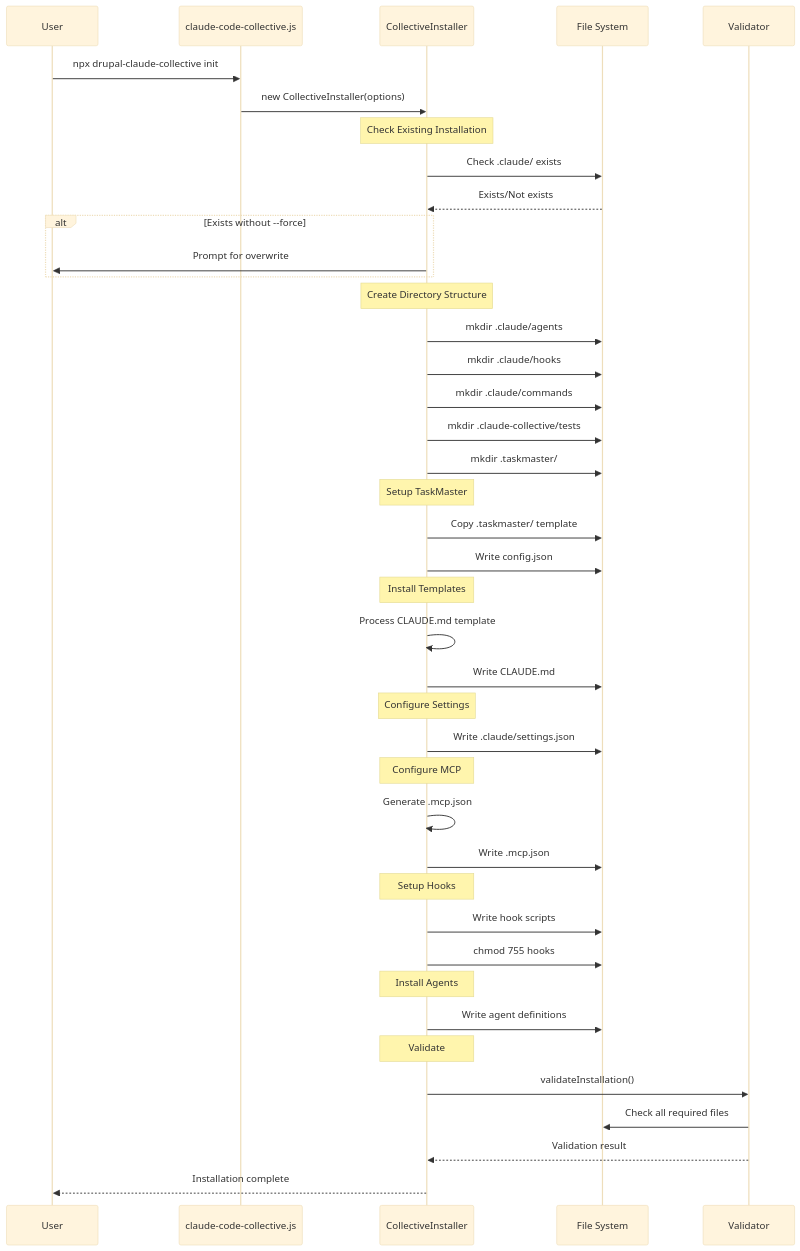
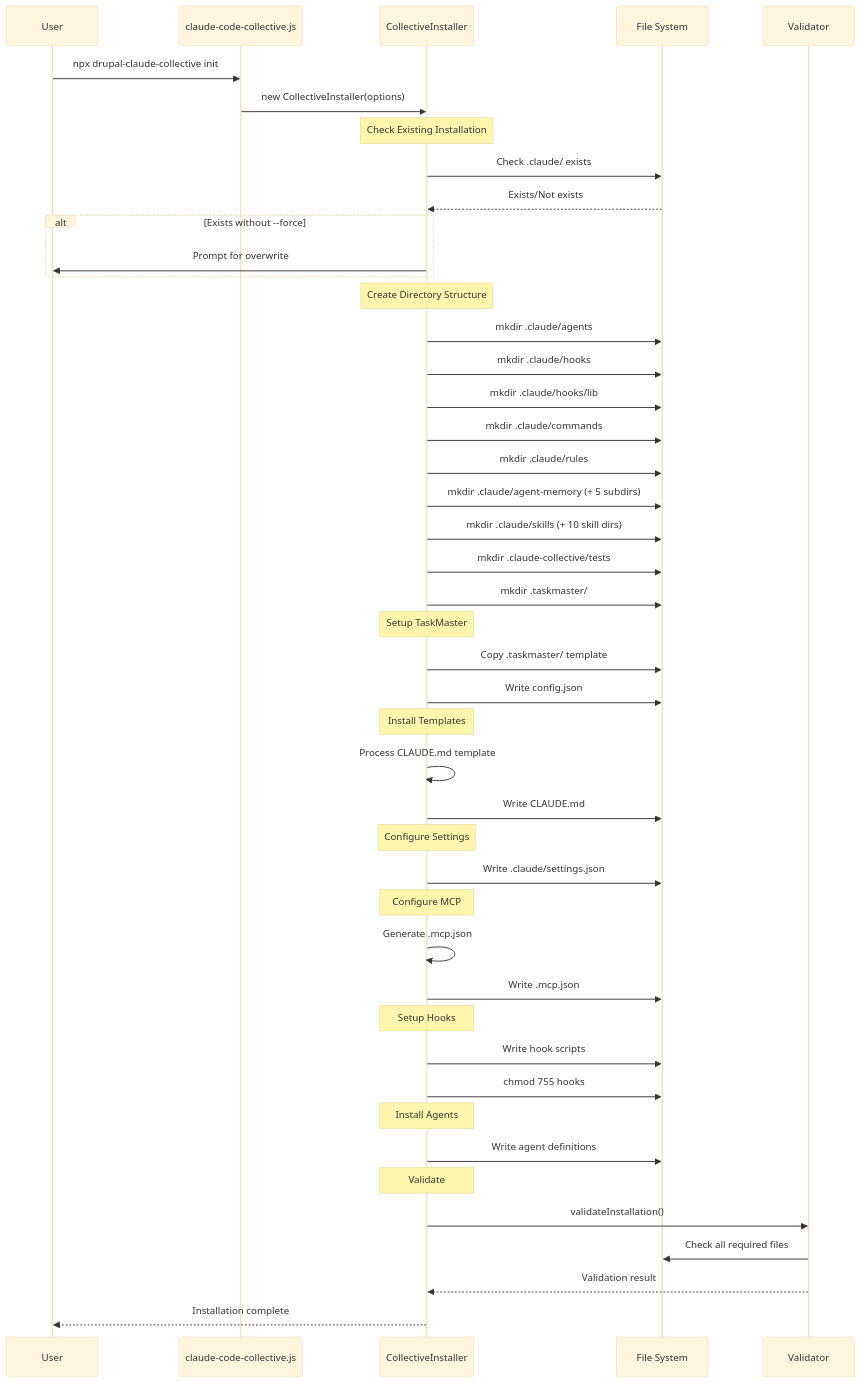
The second of 16 diagrams in docs/INSTALLATION.md (gkastanis/drupal-claude-code-sub-agent-collective), drawn with Mermaid (base theme) before and after one commit. The commit also changed other lines of this file and 60 other files, not shown here.

````diff
--- a/docs/INSTALLATION.md
+++ b/docs/INSTALLATION.md
@@ -47,55 +47,59 @@
 ```mermaid
 sequenceDiagram
     participant User
     participant CLI as claude-code-collective.js
     participant Installer as CollectiveInstaller
     participant FS as File System
     participant Validator
 
     User->>CLI: npx drupal-claude-collective init
     CLI->>Installer: new CollectiveInstaller(options)
 
     Note over Installer: Check Existing Installation
     Installer->>FS: Check .claude/ exists
     FS-->>Installer: Exists/Not exists
 
     alt Exists without --force
         Installer->>User: Prompt for overwrite
     end
 
     Note over Installer: Create Directory Structure
     Installer->>FS: mkdir .claude/agents
     Installer->>FS: mkdir .claude/hooks
+    Installer->>FS: mkdir .claude/hooks/lib
     Installer->>FS: mkdir .claude/commands
+    Installer->>FS: mkdir .claude/rules
+    Installer->>FS: mkdir .claude/agent-memory (+ 5 subdirs)
+    Installer->>FS: mkdir .claude/skills (+ 10 skill dirs)
     Installer->>FS: mkdir .claude-collective/tests
     Installer->>FS: mkdir .taskmaster/
 
     Note over Installer: Setup TaskMaster
     Installer->>FS: Copy .taskmaster/ template
     Installer->>FS: Write config.json
 
     Note over Installer: Install Templates
     Installer->>Installer: Process CLAUDE.md template
     Installer->>FS: Write CLAUDE.md
 
     Note over Installer: Configure Settings
     Installer->>FS: Write .claude/settings.json
 
     Note over Installer: Configure MCP
     Installer->>Installer: Generate .mcp.json
     Installer->>FS: Write .mcp.json
 
     Note over Installer: Setup Hooks
     Installer->>FS: Write hook scripts
     Installer->>FS: chmod 755 hooks
 
     Note over Installer: Install Agents
     Installer->>FS: Write agent definitions
 
     Note over Installer: Validate
     Installer->>Validator: validateInstallation()
     Validator->>FS: Check all required files
     Validator-->>Installer: Validation result
 
     Installer-->>User: Installation complete
 ```
````
